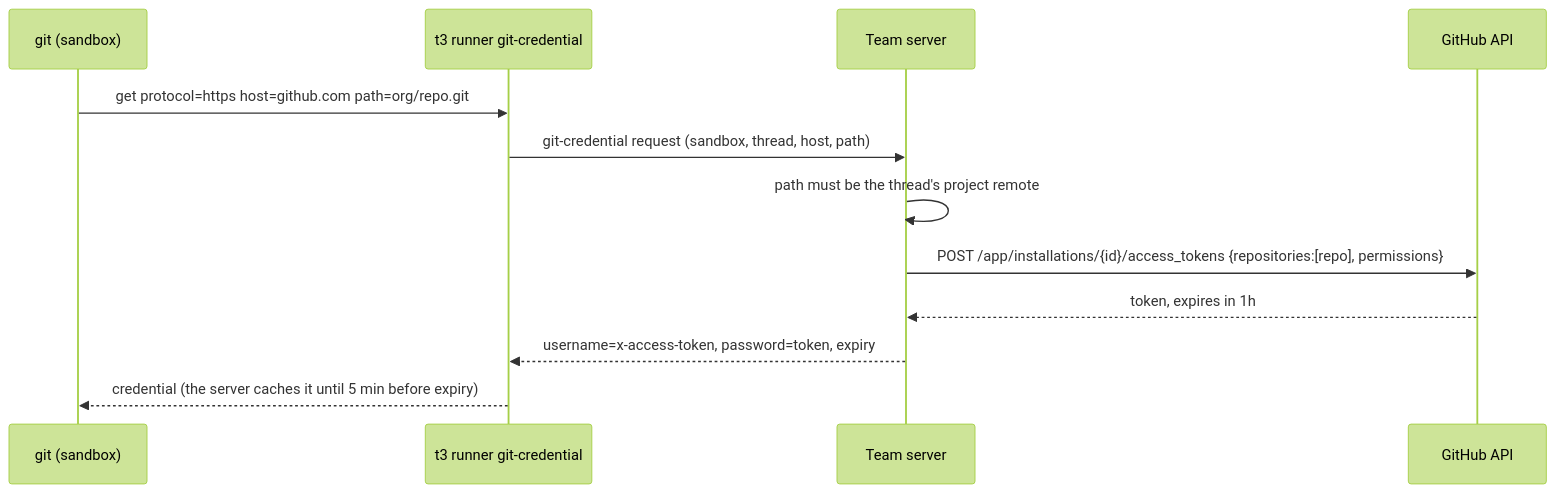
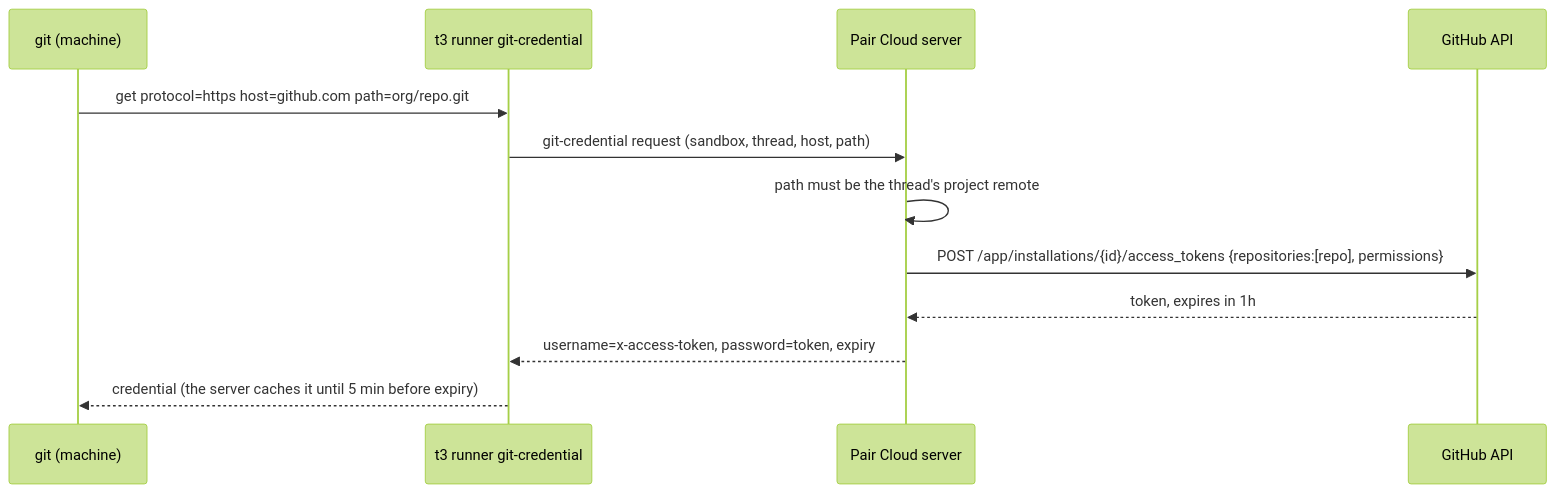
The third of 3 diagrams in docs/product/cloud/06-credentials-and-security.md (rutvikchandla3/pair), drawn with Mermaid (forest theme) before and after one commit. The commit also changed other lines of this file and 13 other files, not shown here.

First line of the commit message:
docs: rewrite the Pair Cloud plan for local-first Pair Cloud

````diff
--- a/docs/product/cloud/06-credentials-and-security.md
+++ b/docs/product/cloud/06-credentials-and-security.md
@@ -313,14 +387,14 @@
 ```mermaid
 sequenceDiagram
-  participant G as git (sandbox)
+  participant G as git (machine)
   participant H as t3 runner git-credential
-  participant S as Team server
+  participant S as Pair Cloud server
   participant GH as GitHub API
   G->>H: get protocol=https host=github.com path=org/repo.git
   H->>S: git-credential request (sandbox, thread, host, path)
   S->>S: path must be the thread's project remote
   S->>GH: POST /app/installations/{id}/access_tokens {repositories:[repo], permissions}
   GH-->>S: token, expires in 1h
   S-->>H: username=x-access-token, password=token, expiry
   H-->>G: credential (the server caches it until 5 min before expiry)
 ```
````
